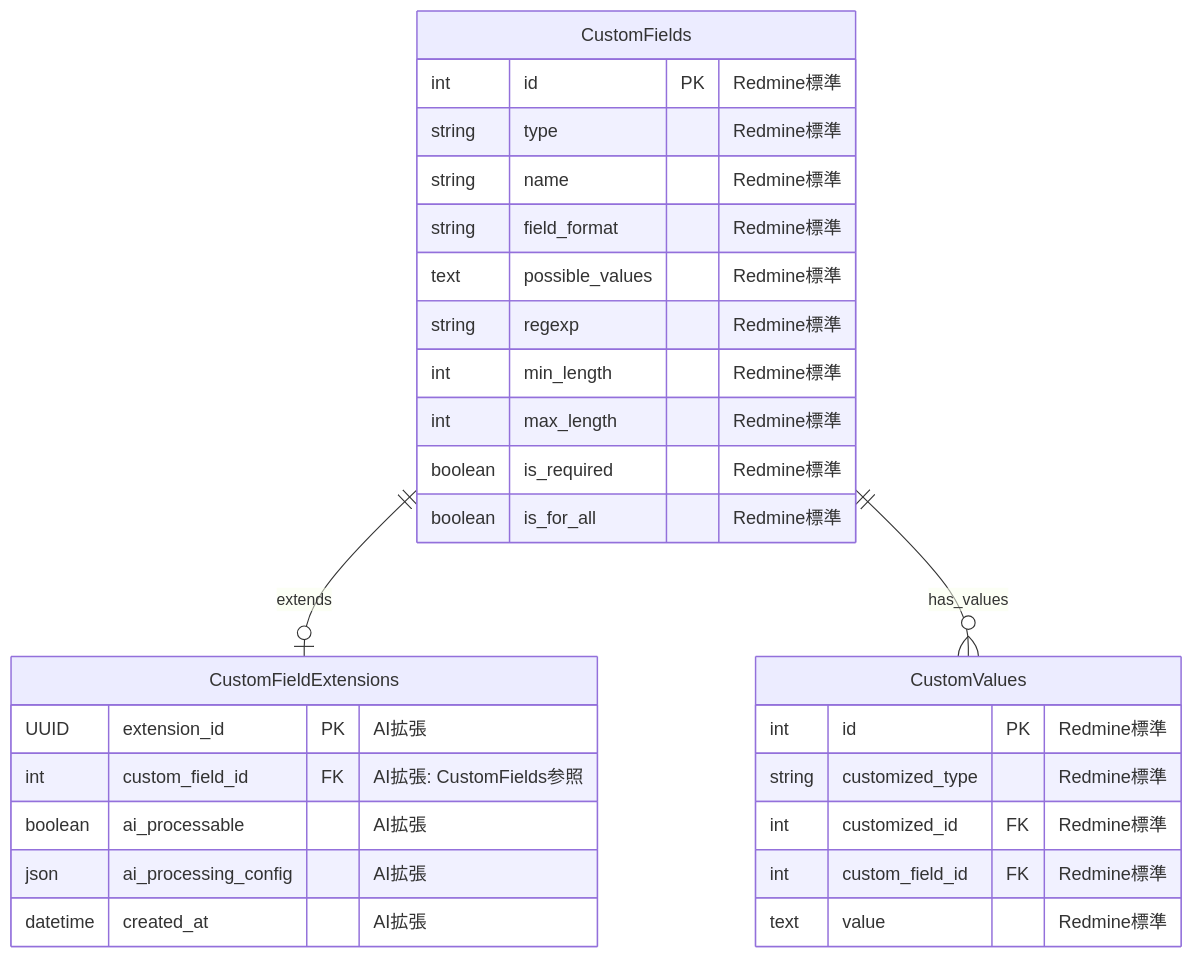
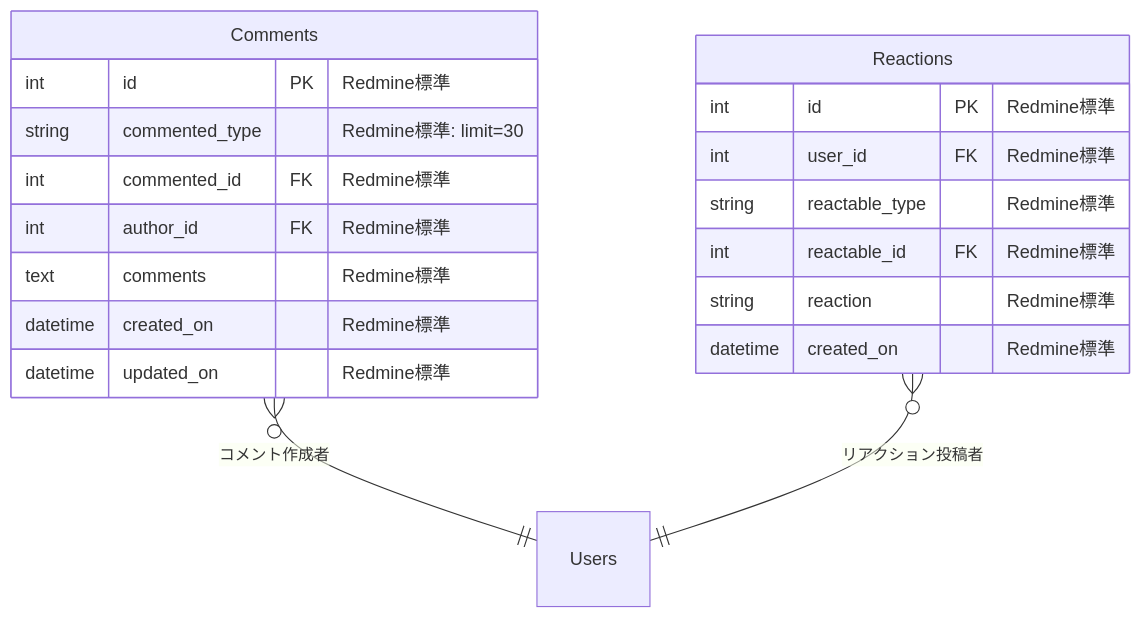
Diagram 14 of 29 in docs/030000_設計/035000_データ設計/035010_ER図.md (daichiTAAA/AgentOpsPlatform), drawn with Mermaid before and after one commit. The commit also changed other lines of this file, not shown here.

````diff
--- a/docs/030000_設計/035000_データ設計/035010_ER図.md
+++ b/docs/030000_設計/035000_データ設計/035010_ER図.md
@@ -594,34 +814,24 @@
 ```mermaid
 erDiagram
-    CustomFields {
+    Comments {
         int id PK "Redmine標準"
-        string type "Redmine標準"
-        string name "Redmine標準"
-        string field_format "Redmine標準"
-        text possible_values "Redmine標準"
-        string regexp "Redmine標準"
-        int min_length "Redmine標準"
-        int max_length "Redmine標準"
-        boolean is_required "Redmine標準"
-        boolean is_for_all "Redmine標準"
+        string commented_type "Redmine標準: limit=30"
+        int commented_id FK "Redmine標準"
+        int author_id FK "Redmine標準"
+        text comments "Redmine標準"
+        datetime created_on "Redmine標準"
+        datetime updated_on "Redmine標準"
     }
     
-    CustomValues {
+    Reactions {
         int id PK "Redmine標準"
-        string customized_type "Redmine標準"
-        int customized_id FK "Redmine標準"
-        int custom_field_id FK "Redmine標準"
-        text value "Redmine標準"
-    }
-    
-    CustomFieldExtensions {
-        UUID extension_id PK "AI拡張"
-        int custom_field_id FK "AI拡張: CustomFields参照"
-        boolean ai_processable "AI拡張"
-        json ai_processing_config "AI拡張"
-        datetime created_at "AI拡張"
+        int user_id FK "Redmine標準"
+        string reactable_type "Redmine標準"
+        int reactable_id FK "Redmine標準"
+        string reaction "Redmine標準"
+        datetime created_on "Redmine標準"
     }
 
-    CustomFields ||--o| CustomFieldExtensions : extends
-    CustomFields ||--o{ CustomValues : has_values
+    Comments }o--|| Users : "コメント作成者"
+    Reactions }o--|| Users : "リアクション投稿者"
 ```
````
